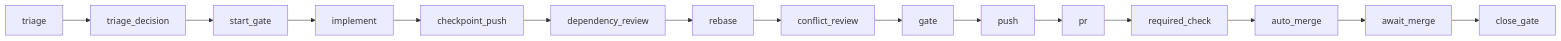
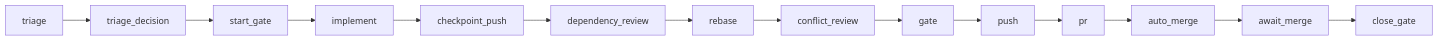
The diagram in docs/dagu.md (pablontiv/rootline), drawn with Mermaid before and after one commit. The commit also changed other lines of this file and 5 other files, not shown here.

````diff
--- a/docs/dagu.md
+++ b/docs/dagu.md
@@ -99,17 +125,16 @@
 ```mermaid
 flowchart LR
     T[triage] --> TD[triage_decision]
     TD --> A[start_gate]
     A --> B[implement]
     B --> C[checkpoint_push]
     C --> N[dependency_review]
     N --> D[rebase]
     D --> R[conflict_review]
     R --> E[gate]
     E --> F[push]
     F --> G[pr]
-    G --> H[required_check]
-    H --> I[auto_merge]
+    G --> I[auto_merge]
     I --> J[await_merge]
     J --> K[close_gate]
 ```
````
